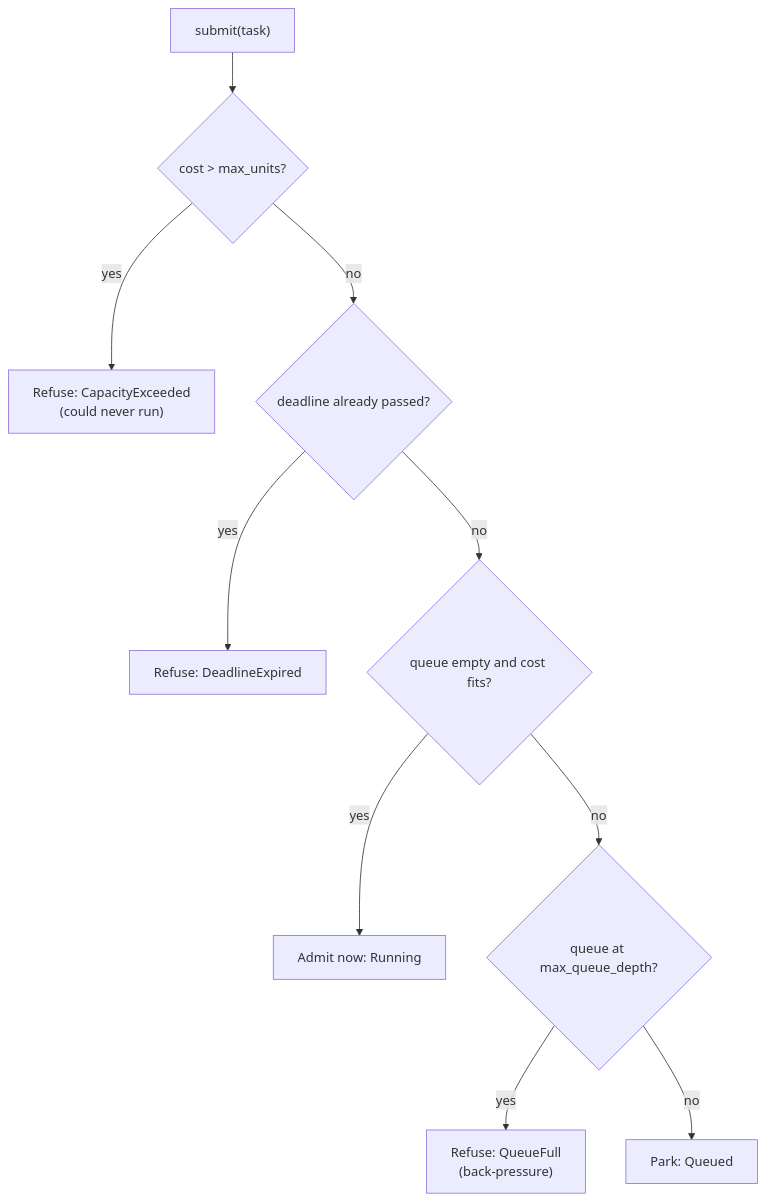
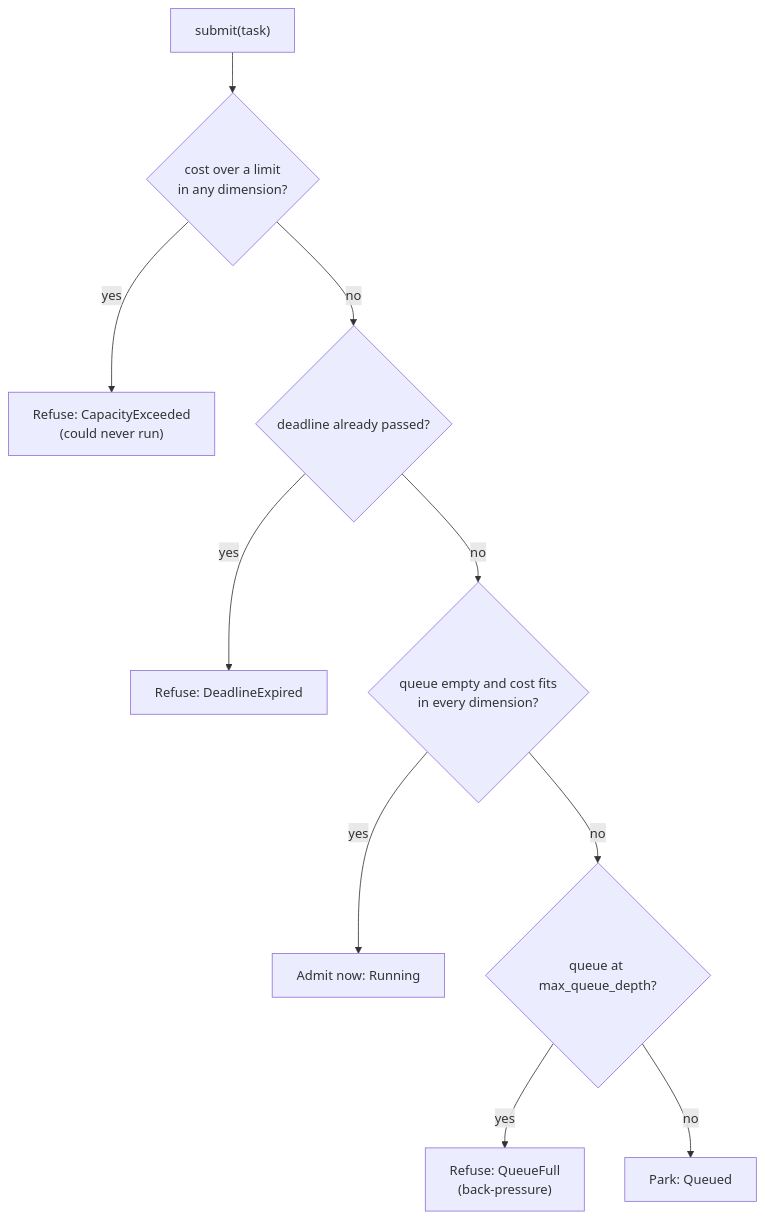
One commit to Prometheus-AGS/prometheus-parking-lot-rs changed the first of 2 diagrams in website/docs/concepts/admission-control.md. Above: the diagram before and after it, drawn with Mermaid. The commit also changed other lines of this file and 23 other files, not shown here.

First line of the commit message:
feat: admit by every resource dimension (cr-23)

````diff
--- a/website/docs/concepts/admission-control.md
+++ b/website/docs/concepts/admission-control.md
@@ -29,12 +36,12 @@
 ```mermaid
 flowchart TD
-  S["submit(task)"] --> X{"cost > max_units?"}
+  S["submit(task)"] --> X{"cost over a limit<br/>in any dimension?"}
   X -->|yes| R1["Refuse: CapacityExceeded<br/>(could never run)"]
   X -->|no| D{"deadline already passed?"}
   D -->|yes| R2["Refuse: DeadlineExpired"]
-  D -->|no| F{"queue empty and cost fits?"}
+  D -->|no| F{"queue empty and cost fits<br/>in every dimension?"}
   F -->|yes| RUN["Admit now: Running"]
   F -->|no| QD{"queue at max_queue_depth?"}
   QD -->|yes| R3["Refuse: QueueFull<br/>(back-pressure)"]
   QD -->|no| PARK["Park: Queued"]
 ```
````
